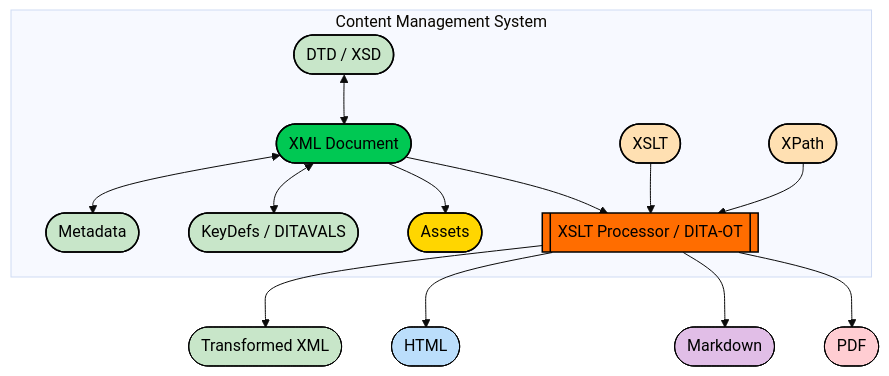
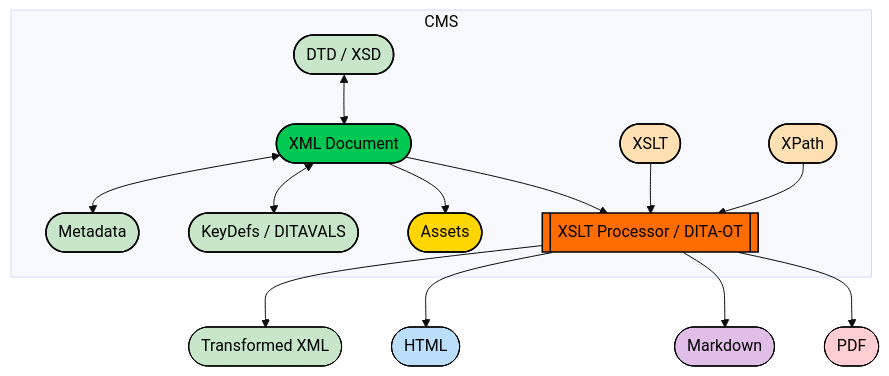
Before and after one commit to veera-linga/blogs: the diagram in all-about-xml.md, drawn with Mermaid. The commit also changed other lines of this file, not shown here.

```diff
--- a/all-about-xml.md
+++ b/all-about-xml.md
@@ -12,70 +12,70 @@
 <div class="mermaid">
 %%{init: {'theme':'base', 'flowchart': {'layout': 'elk'}}}%%
 flowchart TD
 
   %% CMS boundary
-  subgraph CMS ["Content Management System"]
+  subgraph CMS ["CMS"]
     XML(["XML Document"])
     DTD(["DTD / XSD"])
     Metadata(["Metadata"])
     VARIABLES(["KeyDefs / DITAVALS"])
     Assets(["Assets"])
     XSLT(["XSLT"])
     XPath(["XPath"])
     Processor[["XSLT Processor / DITA-OT"]]
   end
 
   %% Outputs boundary
   OutputXML(["Transformed XML"])
   HTML(["HTML"])
   MD(["Markdown"])
   PDF(["PDF"])
 
   %% Relations (split edges for compatibility)
   DTD <--> XML
   XML <--> VARIABLES
   XML <--> Metadata
   XML --> Processor
   XML --> Assets
   XSLT --> Processor
   XPath --> Processor
 
   Processor --> OutputXML
   Processor --> HTML
   Processor --> MD
   Processor --> PDF
 
   %% Base styles and classes
   classDef artifact fill: #b4d1aa,stroke: #000,stroke-width:1.5px,color: #000,rx:6,ry:6
   classDef component fill: #f4c9a1,stroke: #000,stroke-width:1.5px,color: #000,rx:6,ry:6
   classDef activity fill: #f5d8bd,stroke: #000,stroke-width:1.5px,color: #000,rx:6,ry:6
   classDef asset fill: #a7d8ea,stroke: #000,stroke-width:1.5px,color: #000,rx:6,ry:6
   classDef outputxml fill: #c8f1c8,stroke: #000,color: #000,rx:6,ry:6
   classDef html fill: #bbdefb,stroke: #000,color: #000,rx:6,ry:6
   classDef pdf fill: #f9b3aa,stroke: #000,color: #000,rx:6,ry:6
   classDef md fill: #d3b8ea,stroke: #000,color: #000,rx:6,ry:6
 
   %% Override colors - applied last for emphasis
   style XML fill:#00C853
   style DTD fill:#C8E6C9
   style Metadata fill:#C8E6C9
   style VARIABLES fill:#C8E6C9
   style Assets fill:#FFD600
   style XSLT fill:#FFE0B2
   style XPath fill:#FFE0B2
   style Processor fill:#FF6D00
   style OutputXML fill:#C8E6C9
   style HTML fill:#BBDEFB
   style MD fill:#E1BEE7
   style PDF fill:#FFCDD2
 
   %% Assigning classes
   class XML,DTD,Metadata,VARIABLES artifact
   class Assets asset
   class XSLT,XPath activity
   class Processor component
   class OutputXML outputxml
   class HTML html
   class PDF pdf
   class MD md
 </div>
```
